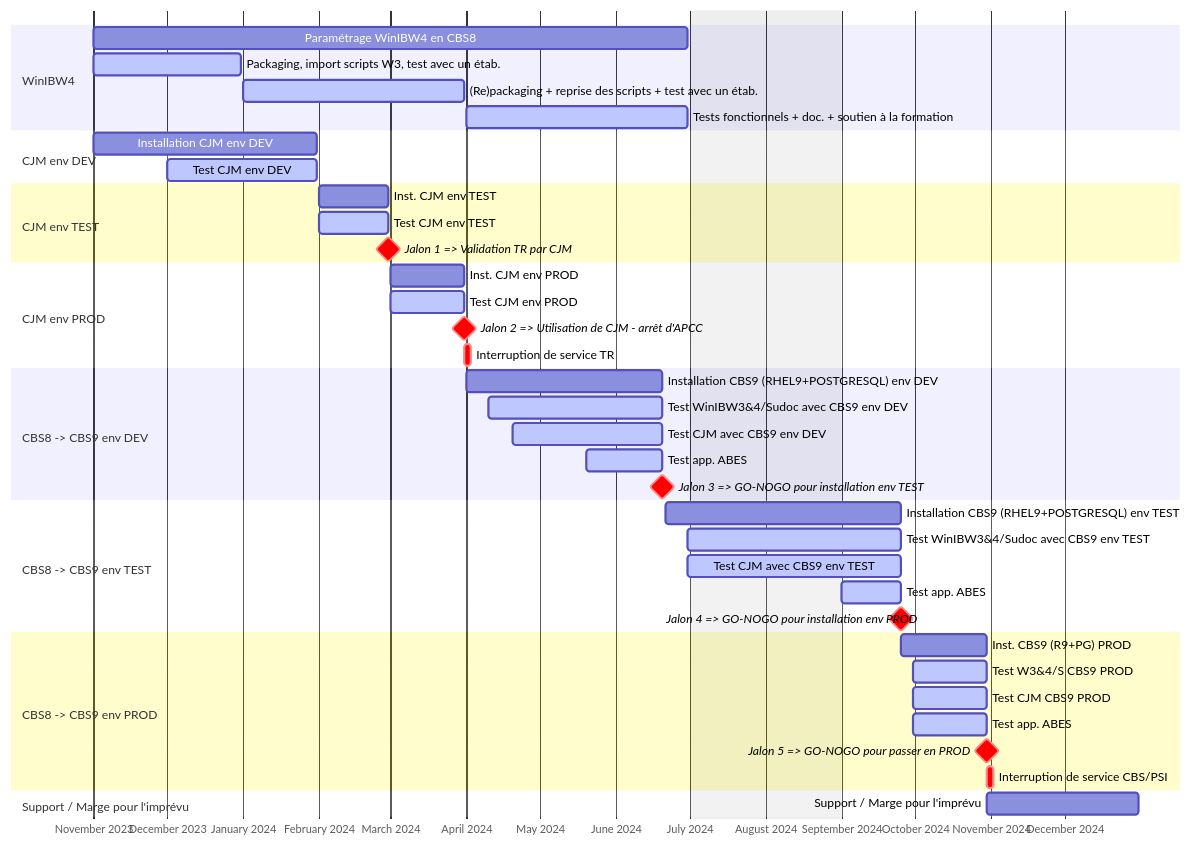
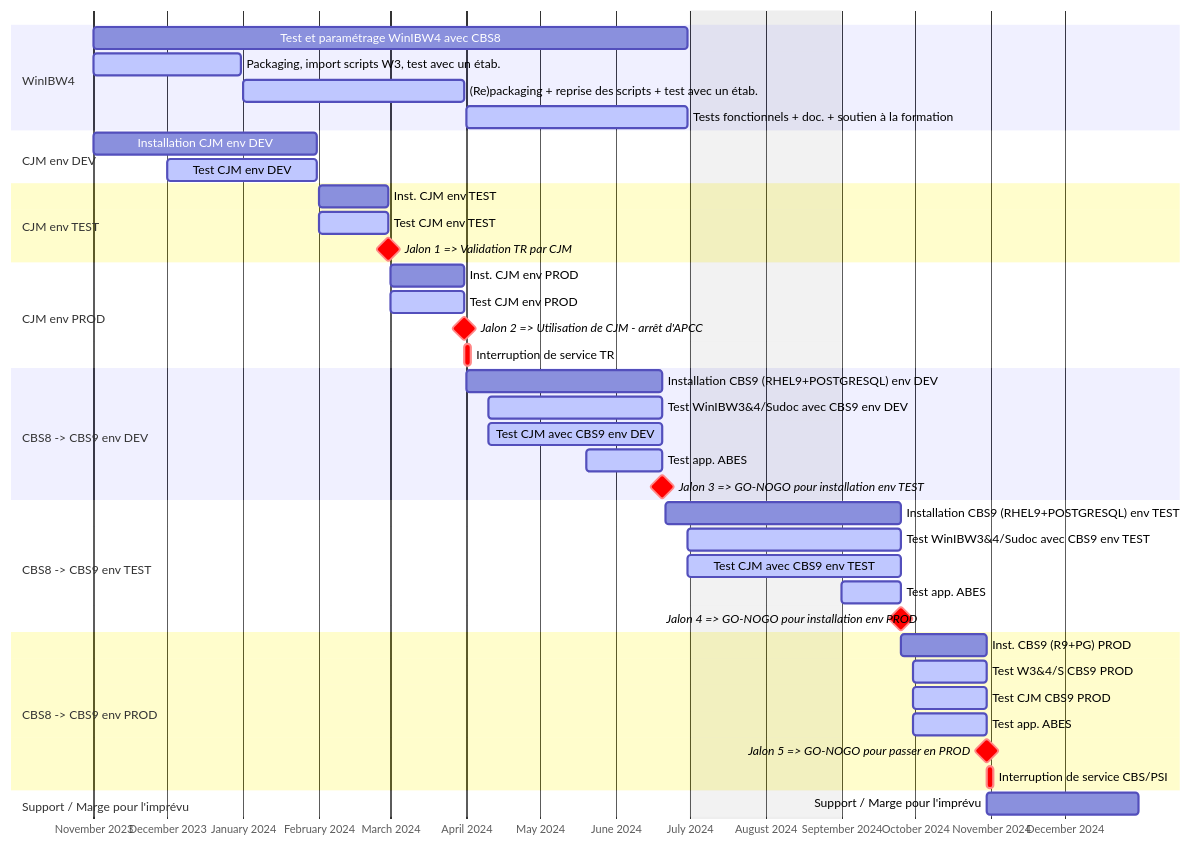
Before and after one commit to mike2git/timeline-CJM-CBS9: the diagram in README.md, drawn with Mermaid.

````diff
--- a/README.md
+++ b/README.md
@@ -4,47 +4,47 @@
 ```mermaid
 gantt
     tickInterval month
     axisFormat %B %Y
     dateFormat YYYY-MM-DD
     excludes 2024-07-01,2024-07-02,2024-07-03,2024-07-04,2024-07-05,2024-07-06,2024-07-07,2024-07-08,2024-07-09,2024-07-10,2024-07-11,2024-07-12,2024-07-13,2024-07-14,2024-07-15,2024-07-16,2024-07-17,2024-07-18,2024-07-19,2024-07-20,2024-07-21,2024-07-22,2024-07-23,2024-07-24,2024-07-25,2024-07-26,2024-07-27,2024-07-28,2024-07-29,2024-07-30,2024-07-31,2024-08-01,2024-08-02,2024-08-03,2024-08-04,2024-08-05,2024-08-06,2024-08-07,2024-08-08,2024-08-09,2024-08-10,2024-08-11,2024-08-12,2024-08-13,2024-08-14,2024-08-15,2024-08-16,2024-08-17,2024-08-18,2024-08-19,2024-08-20,2024-08-21,2024-08-22,2024-08-23,2024-08-24,2024-08-25,2024-08-26,2024-08-27,2024-08-28,2024-08-29,2024-08-30,2024-08-31
     
 
     section WinIBW4
-      Paramétrage WinIBW4 en CBS8                    :W4,2023-11-01,2024-06-30
+      Test et paramétrage WinIBW4 avec CBS8                    :W4,2023-11-01,2024-06-30
       Packaging, import scripts W3, test avec un étab.    :active, W4etp1,2023-11-01,2023-12-31
       (Re)packaging + reprise des scripts + test avec un étab. :active,testCJMdev,2024-01-01,2024-03-31
       Tests fonctionnels + doc. + soutien à la formation :active,testCJMdev,2024-04-01,2024-06-30
     section CJM env DEV
       Installation CJM env DEV                      :insCJMdev,2023-11-01,2024-01-31
       Test CJM env DEV                              :active,testCJMdev,2023-12-01,2024-01-31
     section CJM env TEST
       Inst. CJM env TEST                            :insCJMtest,2024-02-01,2024-02-29
       Test CJM env TEST                             :active,testCJMtest,2024-02-01,2024-02-29
       Jalon 1 => Validation TR par CJM              :crit,milestone,m1,after testCJMtest, 0d
     section CJM env PROD
       Inst. CJM env PROD                            :insCJMprod,2024-03-01,2024-03-31
       Test CJM env PROD                             :active,testCJMprod,2024-03-01,2024-03-31
       Jalon 2 => Utilisation de CJM - arrêt d'APCC  :crit,milestone,m2,after testCJMprod, 0d
       Interruption de service TR                    :crit,intTR,after m2, 3d
     section CBS8 -> CBS9 env DEV     
       Installation CBS9 (RHEL9+POSTGRESQL) env DEV  :insCBSdev,2024-04-01,2024-06-20
       Test WinIBW3&4/Sudoc avec CBS9 env DEV       :active,testCBSdev,2024-04-10,2024-06-20
-      Test CJM avec CBS9 env DEV                    :active,testCBSCJMdev,2024-04-20,2024-06-20
+      Test CJM avec CBS9 env DEV                    :active,testCBSCJMdev,2024-04-10,2024-06-20
       Test app. ABES                                :active,testCBSAPPdev,2024-05-20,2024-06-20
       Jalon 3 => GO-NOGO pour installation env TEST :crit,milestone,m3,after testCBSAPPdev, 0d
     section CBS8 -> CBS9 env TEST
       Installation CBS9 (RHEL9+POSTGRESQL) env TEST :insCBStest,2024-06-21,2024-09-25
       Test WinIBW3&4/Sudoc avec CBS9 env TEST                            :active,testCBStest,2024-06-30,2024-09-25
       Test CJM avec CBS9 env TEST                   :active,testCBSCJMtest,2024-06-30,2024-09-25
       Test app. ABES                                :active,testCBSAPPtest,2024-09-01,2024-09-25
       Jalon 4 => GO-NOGO pour installation env PROD :crit,milestone,m4,after testCBSAPPtest, 0d
     section CBS8 -> CBS9 env PROD
       Inst. CBS9 (R9+PG) PROD                       :insCBStest,2024-09-25,2024-10-30
       Test W3&4/S CBS9 PROD                       :active,testCBSprod,2024-09-30,2024-10-30
       Test CJM CBS9 PROD                            :active,testCBSCJMprod,2024-09-30,2024-10-30
       Test app. ABES                                :active,testCBSAPPprod,2024-09-30,2024-10-30
       Jalon 5 => GO-NOGO pour passer en PROD        :crit,milestone,m5,after testCBSAPPprod, 0d
       Interruption de service CBS/PSI               :crit,int,after m5, 3d
     section Support / Marge pour l'imprévu
       Support / Marge pour l'imprévu                :sup,2024-10-30,2024-12-31
 ```
````
